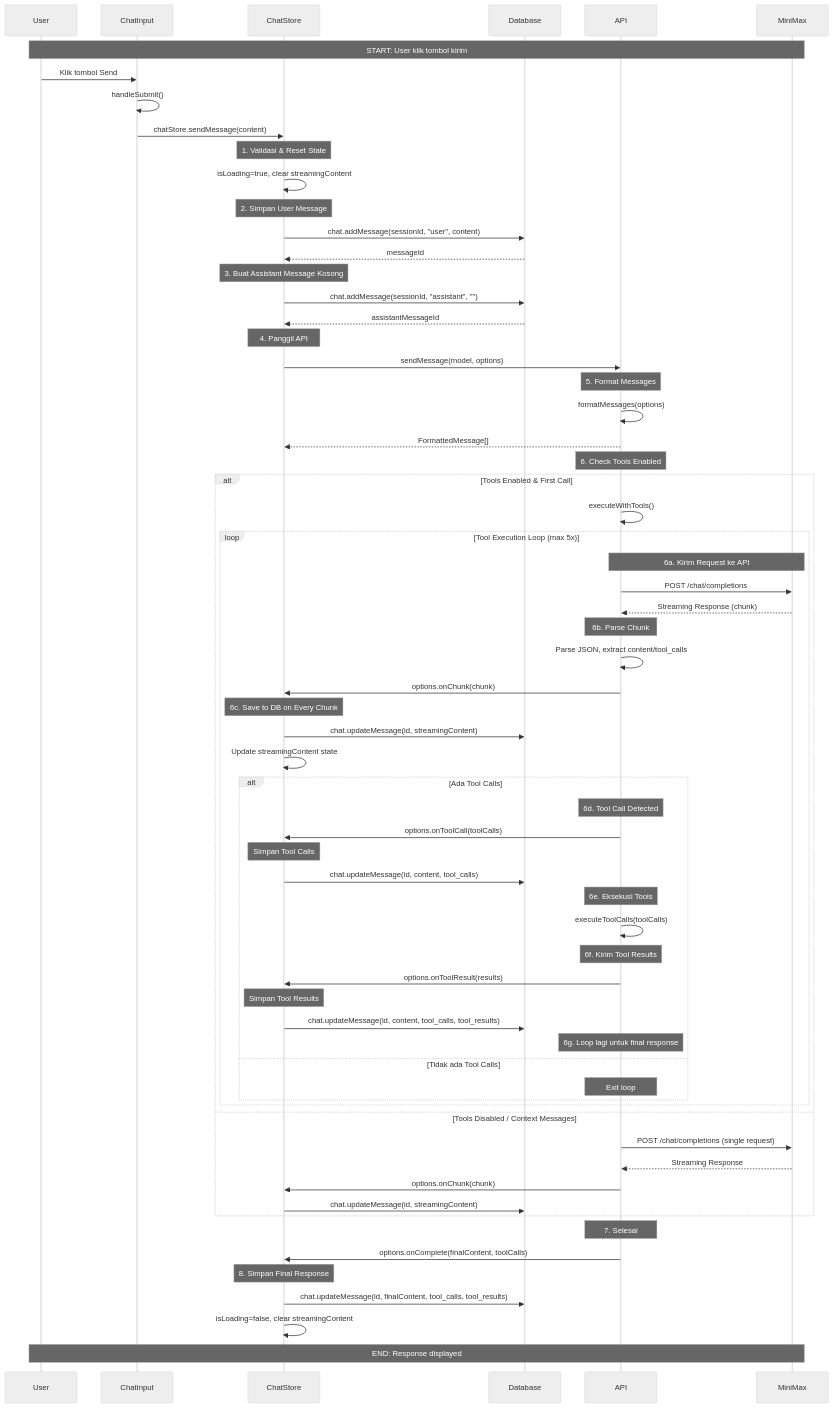
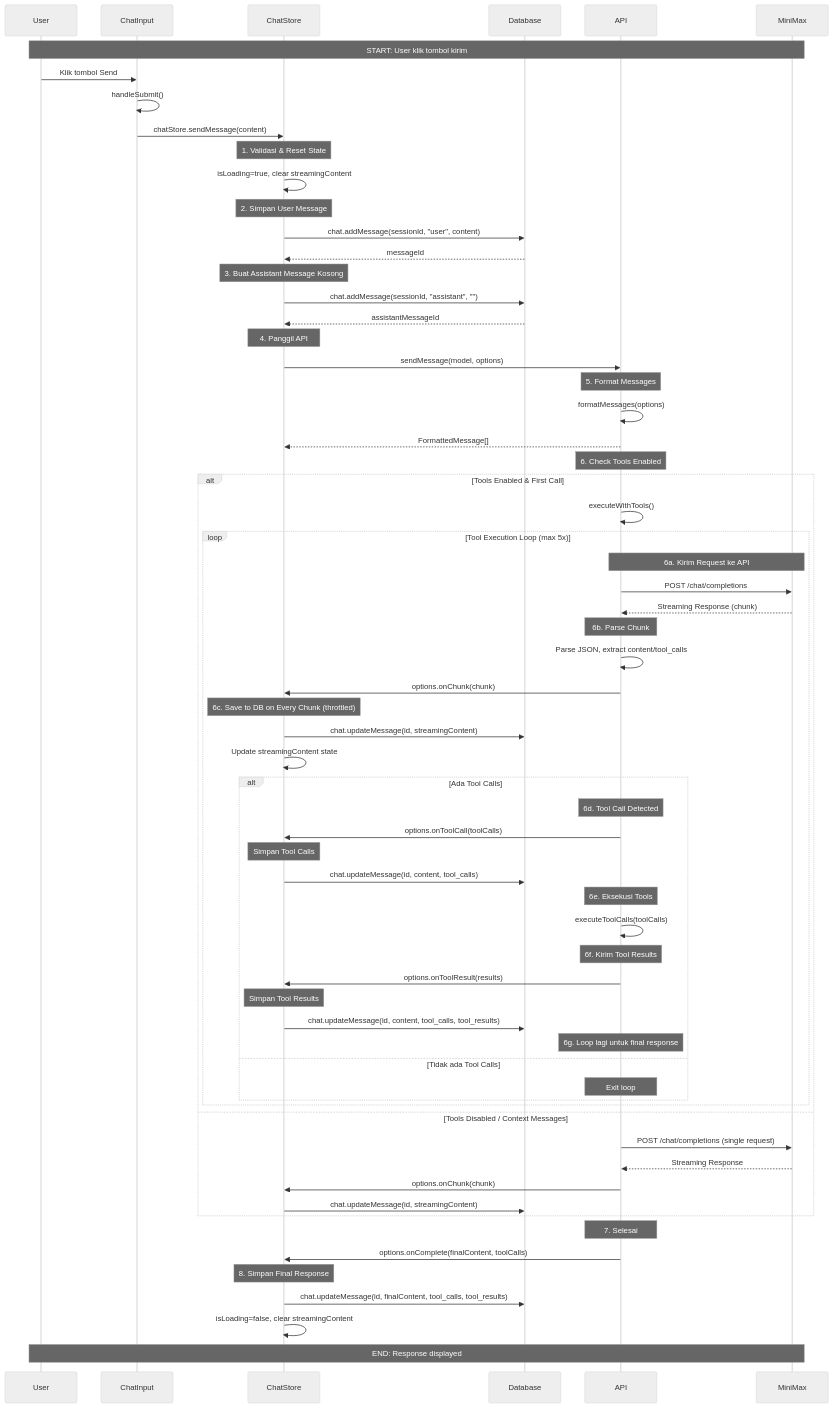
Before and after one commit to kasyfilaziz/localchat: the diagram in chat_process.md, drawn with Mermaid (neutral theme). The commit also changed other lines of this file and 3 other files, not shown here.

First line of the commit message:
feat: add touch gestures for mermaid diagrams and improve mobile container

```diff
--- a/chat_process.md
+++ b/chat_process.md
@@ -53,7 +81,7 @@
             API->>API: Parse JSON, extract content/tool_calls
             API->>ChatStore: options.onChunk(chunk)
             
-            Note over ChatStore: 6c. Save to DB on Every Chunk
+            Note over ChatStore: 6c. Save to DB on Every Chunk (throttled)
             ChatStore->>Database: chat.updateMessage(id, streamingContent)
             ChatStore->>ChatStore: Update streamingContent state
             
```
